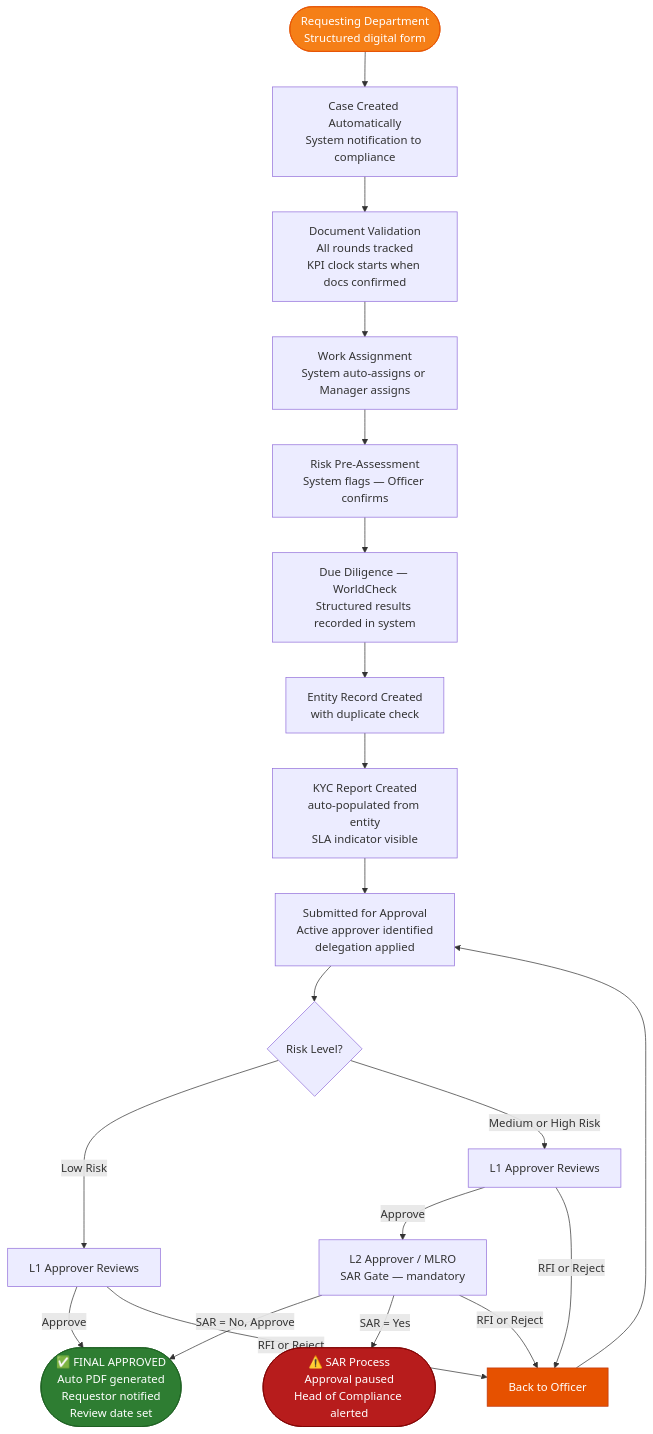
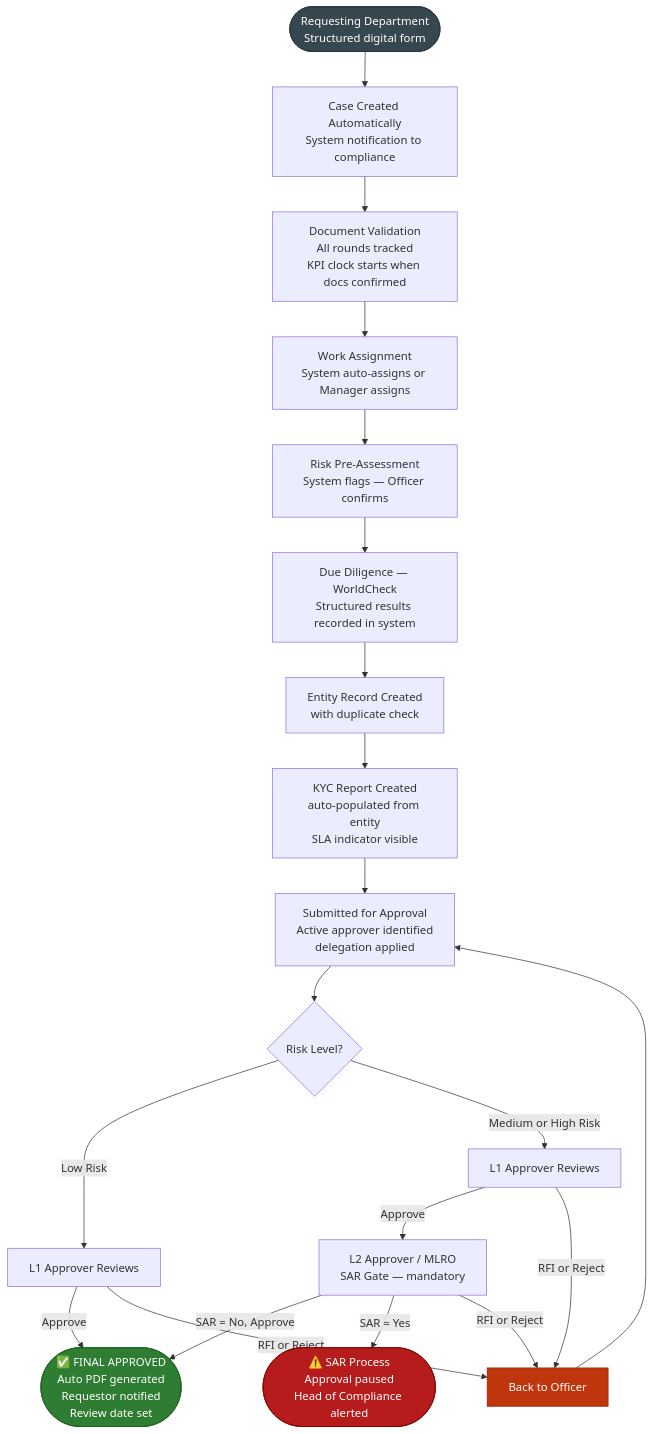
The fourth of 4 diagrams in docs/V3_BUS_BestPractice.md (mazharr-hussain/KycReport), drawn with Mermaid before and after one commit. The commit also changed other lines of this file and 7 other files, not shown here.

First line of the commit message:
Fix low-contrast diagram colours — replace amber with dark slate

````diff
--- a/docs/V3_BUS_BestPractice.md
+++ b/docs/V3_BUS_BestPractice.md
@@ -235,31 +235,31 @@
 ```mermaid
 flowchart TD
     DEPT([Requesting Department\nStructured digital form]) --> CASE[Case Created Automatically\nSystem notification to compliance]
     CASE --> DOCVAL[Document Validation\nAll rounds tracked\nKPI clock starts when docs confirmed]
     DOCVAL --> ASSIGN[Work Assignment\nSystem auto-assigns or Manager assigns]
     ASSIGN --> RISK[Risk Pre-Assessment\nSystem flags — Officer confirms]
     RISK --> DD[Due Diligence — WorldCheck\nStructured results recorded in system]
     DD --> ENTITY[Entity Record Created\nwith duplicate check]
     ENTITY --> REPORT[KYC Report Created\nauto-populated from entity\nSLA indicator visible]
     REPORT --> SUBMIT[Submitted for Approval\nActive approver identified\ndelegation applied]
     SUBMIT --> RISKSPLIT{Risk Level?}
 
     RISKSPLIT -->|Low Risk| L1_LOW[L1 Approver Reviews]
     RISKSPLIT -->|Medium or High Risk| L1_HIGH[L1 Approver Reviews]
 
     L1_LOW -->|Approve| FINAL([✅ FINAL APPROVED\nAuto PDF generated\nRequestor notified\nReview date set])
     L1_LOW -->|RFI or Reject| OFFICER[Back to Officer]
     OFFICER --> SUBMIT
 
     L1_HIGH -->|Approve| L2[L2 Approver / MLRO\nSAR Gate — mandatory]
     L1_HIGH -->|RFI or Reject| OFFICER
 
     L2 -->|SAR = No, Approve| FINAL
     L2 -->|SAR = Yes| SAR([⚠️ SAR Process\nApproval paused\nHead of Compliance alerted])
     L2 -->|RFI or Reject| OFFICER
 
     style FINAL fill:#2E7D32,color:#fff,stroke:#1B5E20
     style SAR fill:#B71C1C,color:#fff,stroke:#7F0000
-    style OFFICER fill:#E65100,color:#fff,stroke:#BF360C
-    style DEPT fill:#F57F17,color:#fff,stroke:#E65100
+    style OFFICER fill:#BF360C,color:#fff,stroke:#8D2400
+    style DEPT fill:#37474F,color:#fff,stroke:#263238
 ```
````
